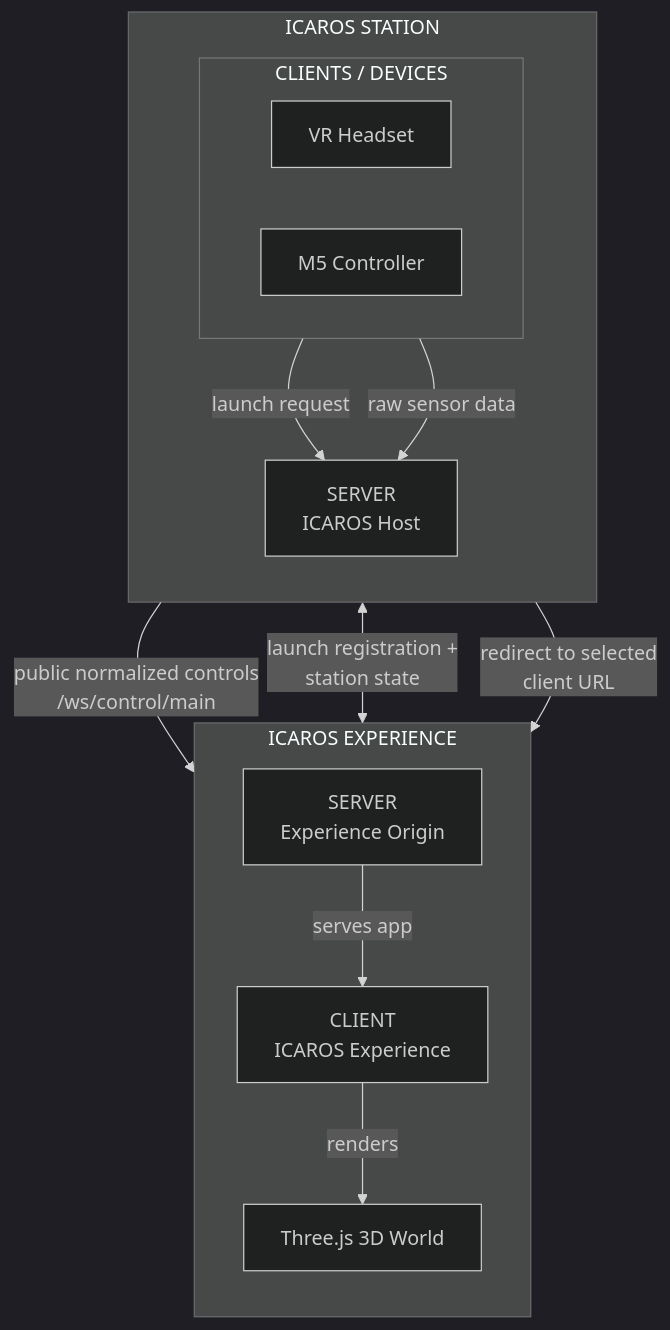
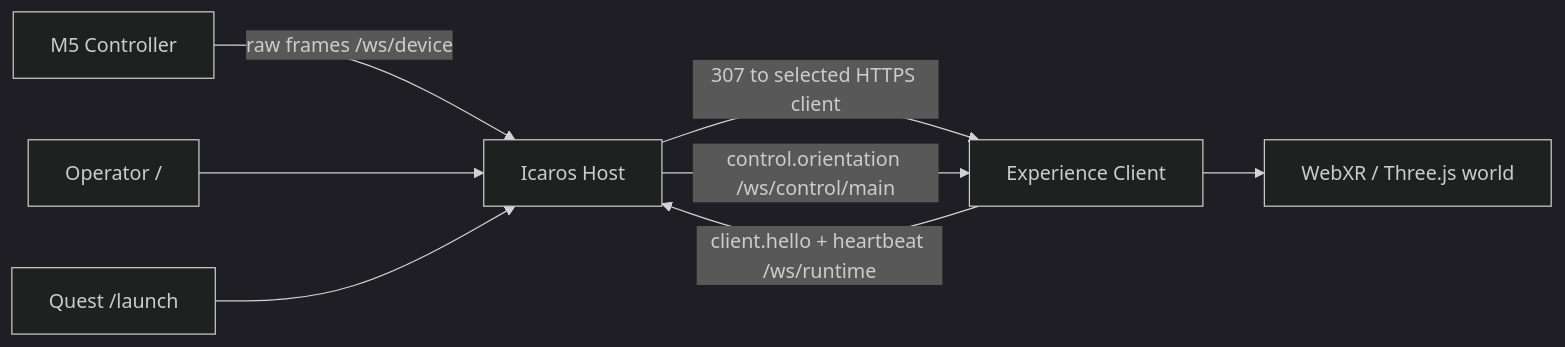
One commit to dweigend/Icaros_Host changed the diagram in docs/architecture.md. Above: the diagram before and after it, drawn with Mermaid (dark theme). The commit also changed other lines of this file and 21 other files, not shown here.

Commit message:
docs(host): 📝 simplify station docs

````diff
--- a/docs/architecture.md
+++ b/docs/architecture.md
@@ -9,33 +11,10 @@
 ```mermaid
-flowchart TD
-  subgraph Station["ICAROS STATION"]
-    direction TB
-
-    subgraph StationClients["CLIENTS / DEVICES"]
-      direction LR
-      Headset["VR Headset"]
-      M5["M5 Controller"]
-    end
-
-    Host["SERVER<br/>ICAROS Host"]
-
-    Headset -->|"launch request"| Host
-    M5 -->|"raw sensor data"| Host
-  end
-
-  Host -->|"public normalized controls<br/>/ws/control/main"| ExperienceApp
-  Host <-->|"launch registration +<br/>station state"| ExperienceApp
-
-  subgraph Experience["ICAROS EXPERIENCE"]
-    direction TB
-
-    ExperienceOrigin["SERVER<br/>Experience Origin"]
-    ExperienceApp["CLIENT<br/>ICAROS Experience"]
-    World["Three.js 3D World"]
-
-    ExperienceOrigin -->|"serves app"| ExperienceApp
-    ExperienceApp -->|"renders"| World
-  end
-
-  Host -->|"redirect to selected<br/>client URL"| ExperienceOrigin
+flowchart LR
+  M5["M5 Controller"] -->|"raw frames /ws/device"| Host["Icaros Host"]
+  Operator["Operator /"] --> Host
+  Headset["Quest /launch"] --> Host
+  Host -->|"307 to selected HTTPS client"| Client["Experience Client"]
+  Client -->|"client.hello + heartbeat /ws/runtime"| Host
+  Host -->|"control.orientation /ws/control/main"| Client
+  Client --> World["WebXR / Three.js world"]
 ```
````
